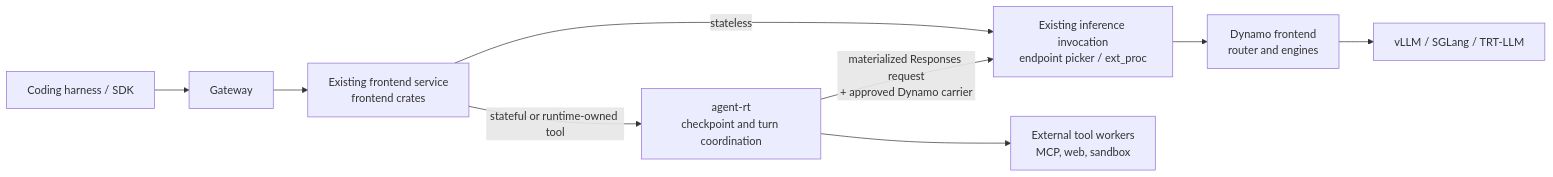
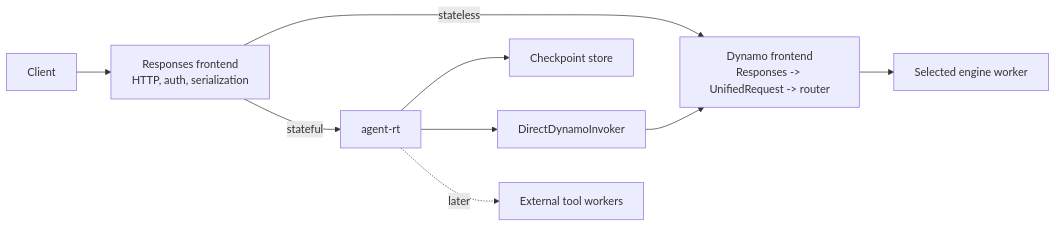
One commit to ai-dynamo/dynamo changed the first of 3 diagrams in docs/design/stateful-agent-runtime.md. Above: the diagram before and after it, drawn with Mermaid. The commit also changed other lines of this file, not shown here.

Commit message:
docs: define agent runtime deployment paths

````diff
--- a/docs/design/stateful-agent-runtime.md
+++ b/docs/design/stateful-agent-runtime.md
@@ -64,11 +120,11 @@
 ```mermaid
 flowchart LR
-  C["Coding harness / SDK"] --> G["Gateway"]
-  G --> F["Existing frontend service\nfrontend crates"]
-  F -->|"stateless"| I["Existing inference invocation\nendpoint picker / ext_proc"]
-  F -->|"stateful or runtime-owned tool"| R["agent-rt\ncheckpoint and turn coordination"]
-  R -->|"materialized Responses request\n+ approved Dynamo carrier"| I
-  R --> W["External tool workers\nMCP, web, sandbox"]
-  I --> D["Dynamo frontend\nrouter and engines"]
-  D --> E["vLLM / SGLang / TRT-LLM"]
+  C["Client"] --> F["Responses frontend\nHTTP, auth, serialization"]
+  F -->|"stateless"| D["Dynamo frontend\nResponses -> UnifiedRequest -> router"]
+  F -->|"stateful"| R["agent-rt"]
+  R --> S["Checkpoint store"]
+  R --> I["DirectDynamoInvoker"]
+  I --> D
+  D --> W["Selected engine worker"]
+  R -. "later" .-> T["External tool workers"]
 ```
````
